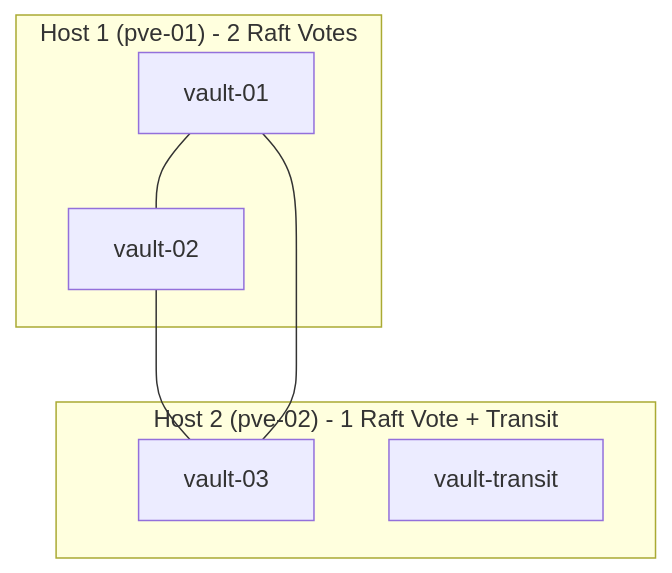
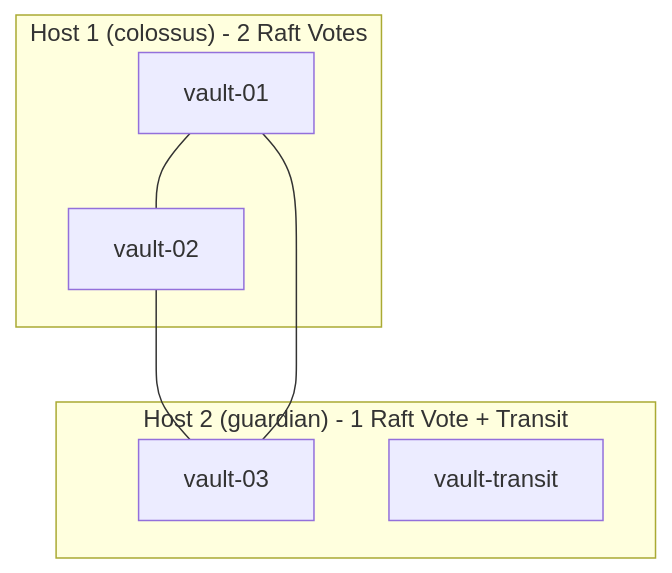
Before and after one commit to antonj-code/vault-bootstrap: the second of 3 diagrams in docs/architecture.md, drawn with Mermaid. The commit also changed other lines of this file and 6 other files, not shown here.

First line of the commit message:
chore: update host definitions and documentation for colossus and guardian

````diff
--- a/docs/architecture.md
+++ b/docs/architecture.md
@@ -66,15 +66,15 @@
 ```mermaid
 graph TD
-    subgraph Host1["Host 1 (pve-01) - 2 Raft Votes"]
+    subgraph Host1["Host 1 (colossus) - 2 Raft Votes"]
         n1["vault-01"]
         n2["vault-02"]
     end
-    subgraph Host2["Host 2 (pve-02) - 1 Raft Vote + Transit"]
+    subgraph Host2["Host 2 (guardian) - 1 Raft Vote + Transit"]
         n3["vault-03"]
         tr["vault-transit"]
     end
 
     n1 --- n2
     n2 --- n3
     n3 --- n1
 ```
````
